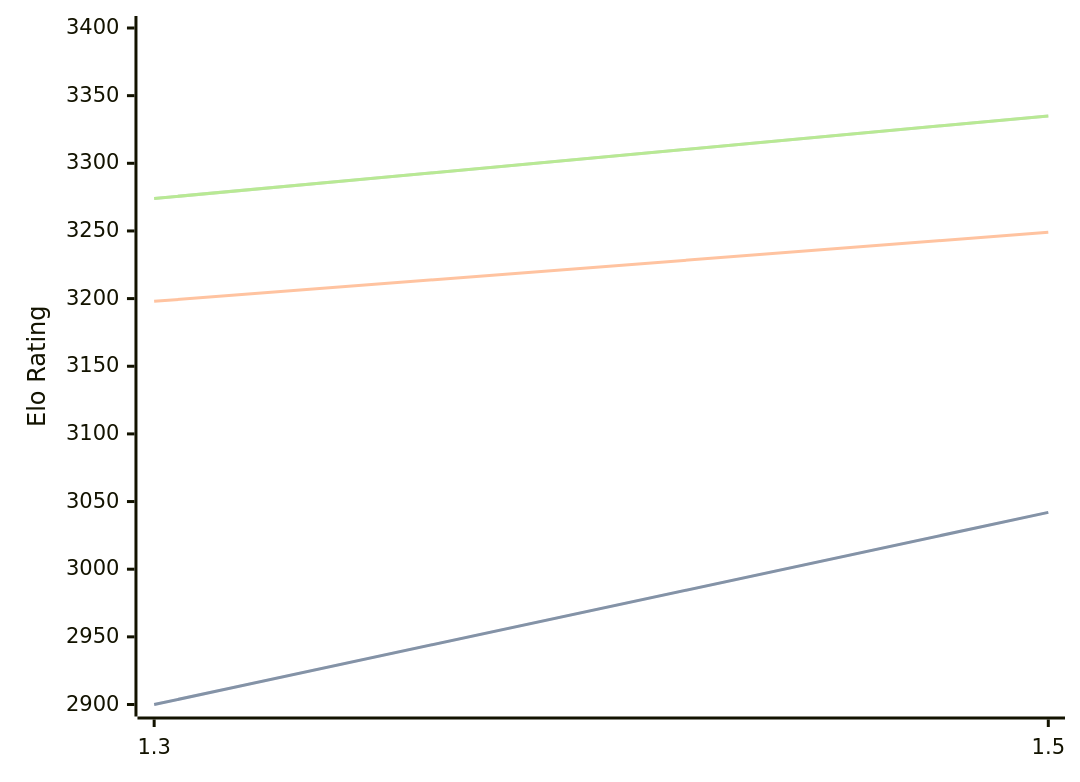
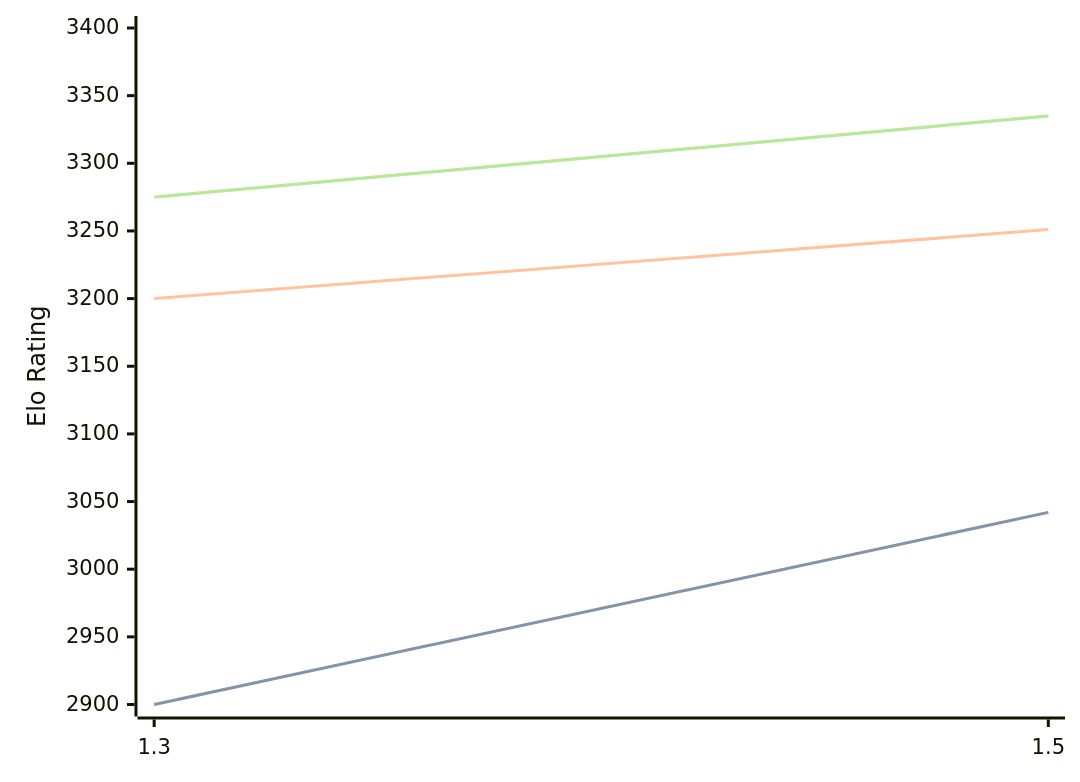
One commit to computer-chess-index/cci changed the third of 3 diagrams in engines/Lambergar.md. Above: the diagram before and after it, drawn with Mermaid. The commit also changed other lines of this file, not shown here.

Commit message:
Update CCI Ratings (ELO VLTC) - 2026-07-02

````diff
--- a/engines/Lambergar.md
+++ b/engines/Lambergar.md
@@ -77,11 +77,11 @@
 ```mermaid
 %%{init: {"theme":"base","themeVariables":{"seriesColors:['#a3a3a3','#222221','#faa371']}}}%%
 xychart-beta
   x-axis ["1.3", "1.5"]
   y-axis "Elo Rating" 2900 --> 3400
   line "STC (8.0+0.08s)" [2900, 3042]
   line "STC (8.0+0.08s)" [2900, 3042]
-  line "LTC (60.0+0.60s)" [3198, 3249]
-  line "VLTC (2m24s+1.12s)" [3274, 3335]
-  line "VLTC (2m24s+1.12s)" [3274, 3335]
+  line "LTC (60.0+0.60s)" [3200, 3251]
+  line "VLTC (2m24s+1.12s)" [3275, 3335]
+  line "VLTC (2m24s+1.12s)" [3275, 3335]
 ```
````
